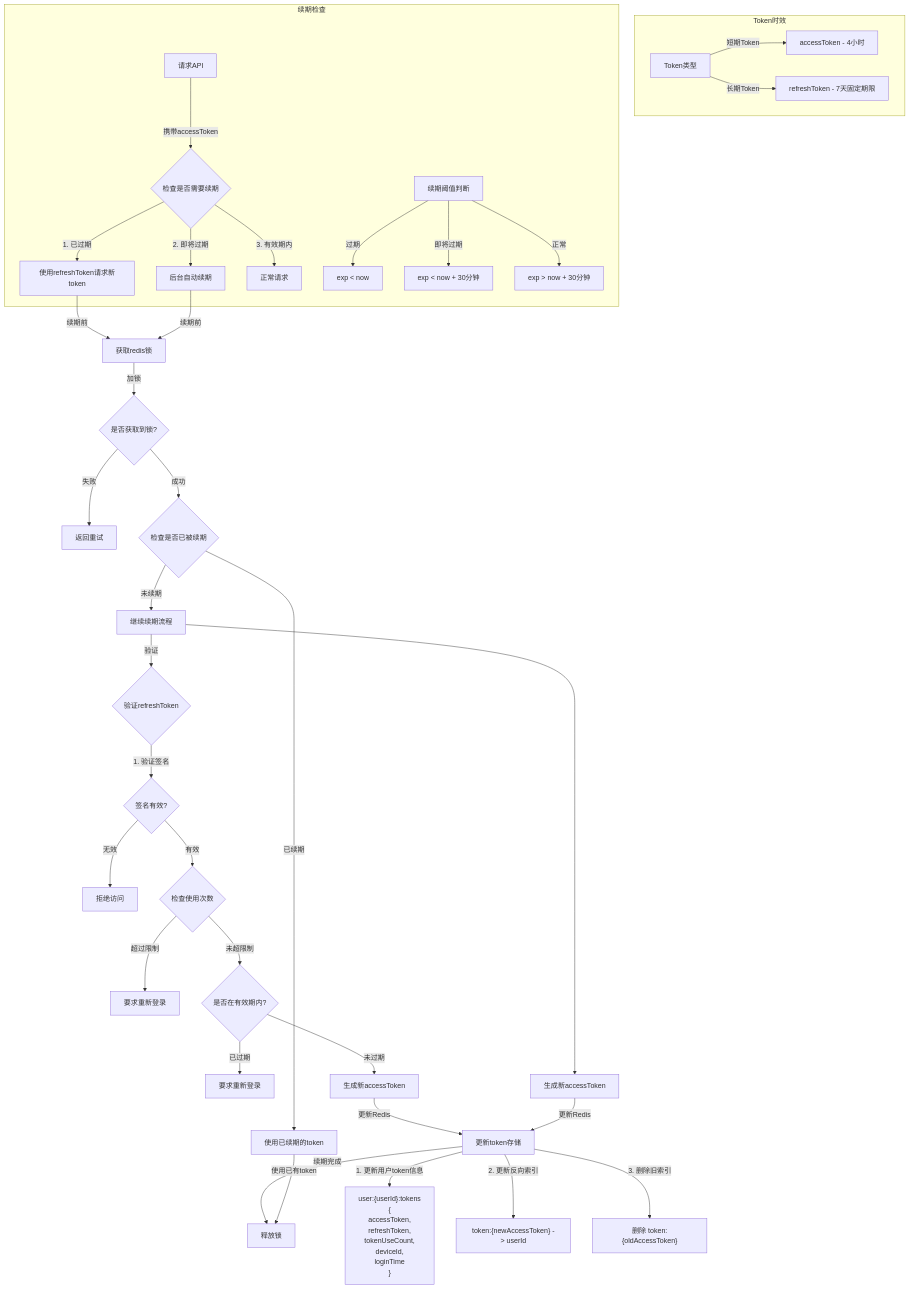
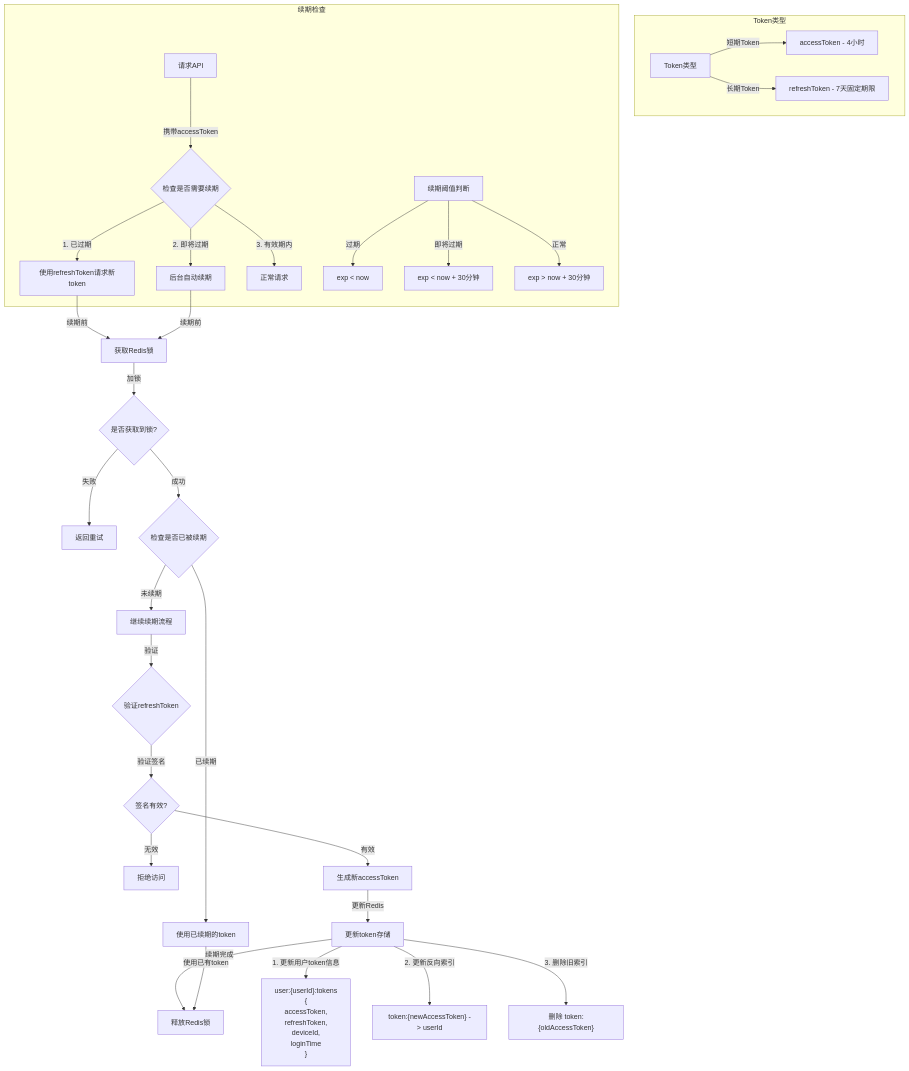
The diagram in all/考虑修改-15.md (yingjianzh/iodraw-files), drawn with Mermaid before and after one commit.

Commit message:
2025-01-03 09:39:48 update

````diff
--- a/all/考虑修改-15.md
+++ b/all/考虑修改-15.md
@@ -1,56 +1,50 @@
 ```mermaid
 flowchart TD
-    subgraph Token时效
+    subgraph Token类型
         A[Token类型] -->|短期Token| B[accessToken - 4小时]
         A -->|长期Token| C[refreshToken - 7天固定期限]
     end
 
     subgraph 续期检查
         F[请求API] -->|携带accessToken| G{检查是否需要续期}
         G -->|1. 已过期| H[使用refreshToken请求新token]
         G -->|2. 即将过期| I[后台自动续期]
         G -->|3. 有效期内| J[正常请求]
         
         %% 续期阈值判断
         K[续期阈值判断]
         K -->|过期| L[exp < now]
         K -->|即将过期| M[exp < now + 30分钟]
         K -->|正常| N[exp > now + 30分钟]
     end
 
-    H & I -->|续期前| LC[获取redis锁]
+    %% 并发控制和续期流程
+    H & I -->|续期前| LC[获取Redis锁]
     LC -->|加锁| LD{是否获取到锁?}
     LD -->|失败| LE[返回重试]
     LD -->|成功| LF{检查是否已被续期}
     LF -->|已续期| LG[使用已续期的token]
     LF -->|未续期| LH[继续续期流程]   
 
-    %% 续期流程
+    %% Token验证和生成
     LH -->|验证| O{验证refreshToken}
-    O -->|1. 验证签名| P{签名有效?}
+    O -->|验证签名| P{签名有效?}
     P -->|无效| Q1[拒绝访问]
-    P -->|有效| R{检查使用次数}
-    R -->|超过限制| S[要求重新登录]
-    R -->|未超限制| T{是否在有效期内?}
-    T -->|已过期| U[要求重新登录]
-    T -->|未过期| V[生成新accessToken]
-    
-    LH --> W[生成新accessToken]
+    P -->|有效| V[生成新accessToken]
     
     %% Redis更新
-    V & W -->|更新Redis| X[更新token存储]
+    V -->|更新Redis| X[更新token存储]
     X -->|1. 更新用户token信息| Y["user:{userId}:tokens 
     {
         accessToken,
         refreshToken,
-        tokenUseCount,
         deviceId,
         loginTime
     }"]
     X -->|2. 更新反向索引| Z["token:{newAccessToken} -> userId"]
     X -->|3. 删除旧索引| AA["删除 token:{oldAccessToken}"]
 
     %% 释放锁
-    X -->|续期完成| LI[释放锁]
+    X -->|续期完成| LI[释放Redis锁]
     LG -->|使用已有token| LI
 ```
````
